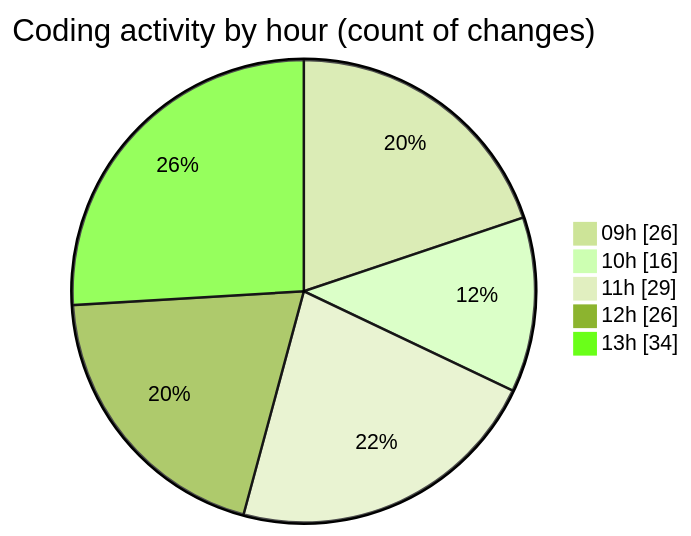
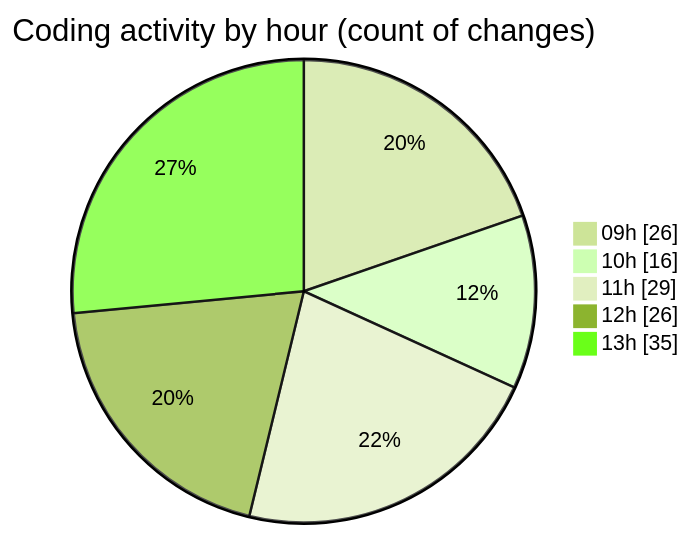
The second of 2 diagrams in 2025-11-17/cda/README.md (momahboobian/code-tracking), drawn with Mermaid (forest theme) before and after one commit. The commit also changed other lines of this file and 1 other file, not shown here.

````diff
--- a/2025-11-17/cda/README.md
+++ b/2025-11-17/cda/README.md
@@ -38,9 +38,9 @@
 ```mermaid
 pie showData
 title Coding activity by hour (count of changes)
 "09h" : 26
 "10h" : 16
 "11h" : 29
 "12h" : 26
-"13h" : 34
+"13h" : 35
 ```
````
